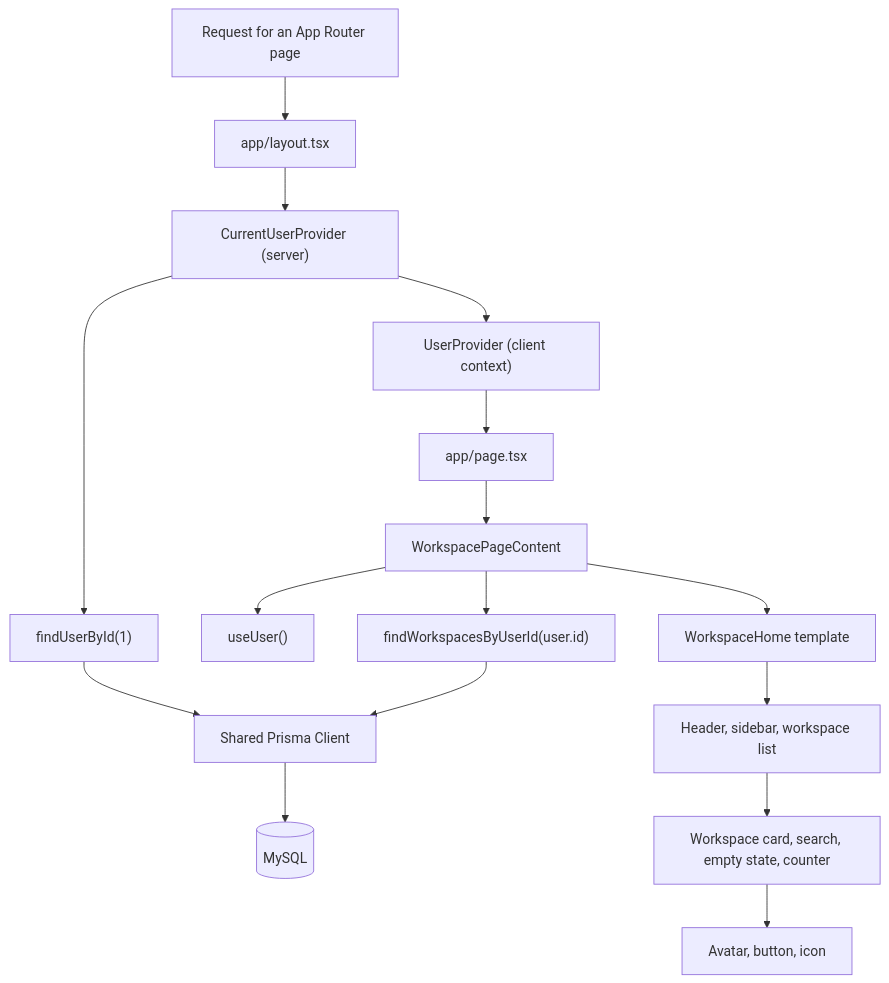
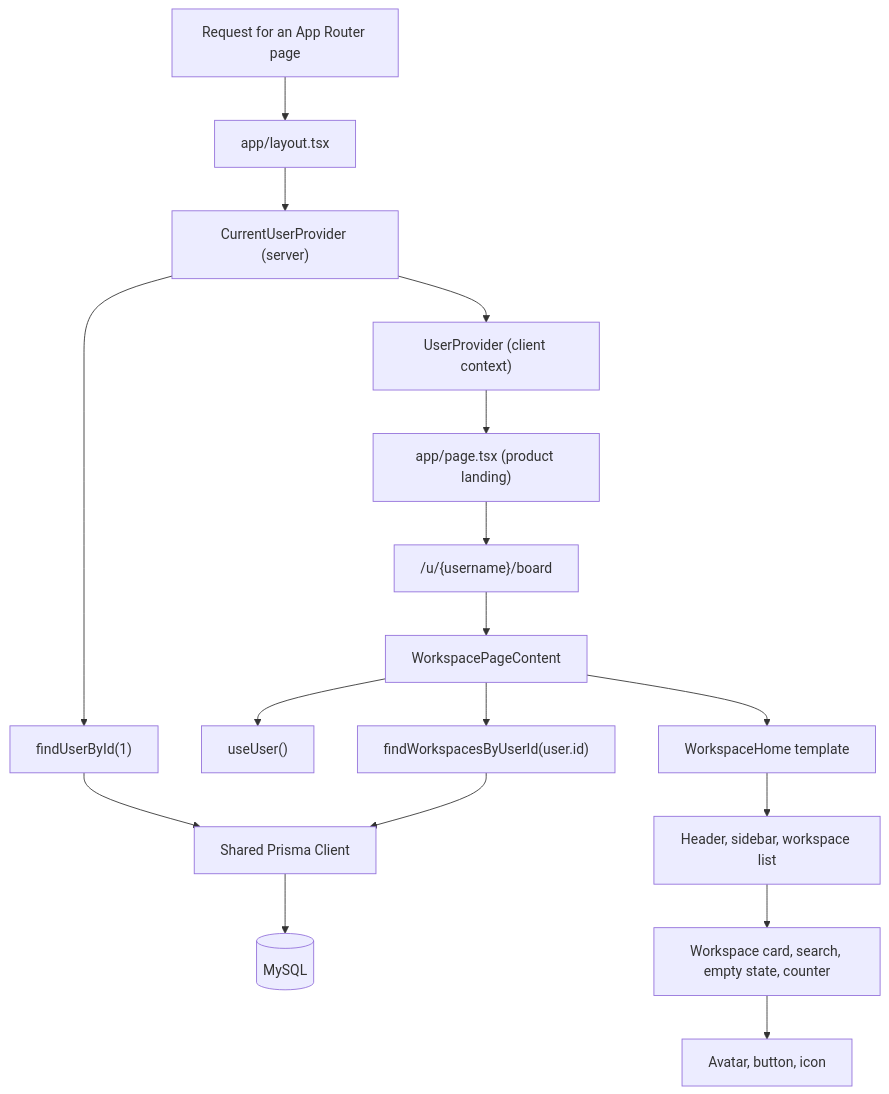
The first of 2 diagrams in docs/architecture/overview.md (Thoai1503/TrelloClone), drawn with Mermaid before and after one commit. The commit also changed other lines of this file and 13 other files, not shown here.

Commit message:
feat: enhance user handling with username generation and update landing page structure

````diff
--- a/docs/architecture/overview.md
+++ b/docs/architecture/overview.md
@@ -39,18 +40,19 @@
 ```mermaid
 flowchart TD
     Request["Request for an App Router page"] --> Root["app/layout.tsx"]
     Root --> CurrentUser["CurrentUserProvider (server)"]
     CurrentUser --> FindUser["findUserById(1)"]
     FindUser --> Prisma["Shared Prisma Client"]
     Prisma --> MySQL[("MySQL")]
     CurrentUser --> Context["UserProvider (client context)"]
-    Context --> Route["app/page.tsx"]
-    Route --> Feature["WorkspacePageContent"]
+    Context --> Landing["app/page.tsx (product landing)"]
+    Landing --> WorkspaceRoute["/u/{username}/board"]
+    WorkspaceRoute --> Feature["WorkspacePageContent"]
     Feature --> UserHook["useUser()"]
     Feature --> WorkspaceAction["findWorkspacesByUserId(user.id)"]
     WorkspaceAction --> Prisma
     Feature --> Template["WorkspaceHome template"]
     Template --> Organisms["Header, sidebar, workspace list"]
     Organisms --> Molecules["Workspace card, search, empty state, counter"]
     Molecules --> Atoms["Avatar, button, icon"]
 ```
````
